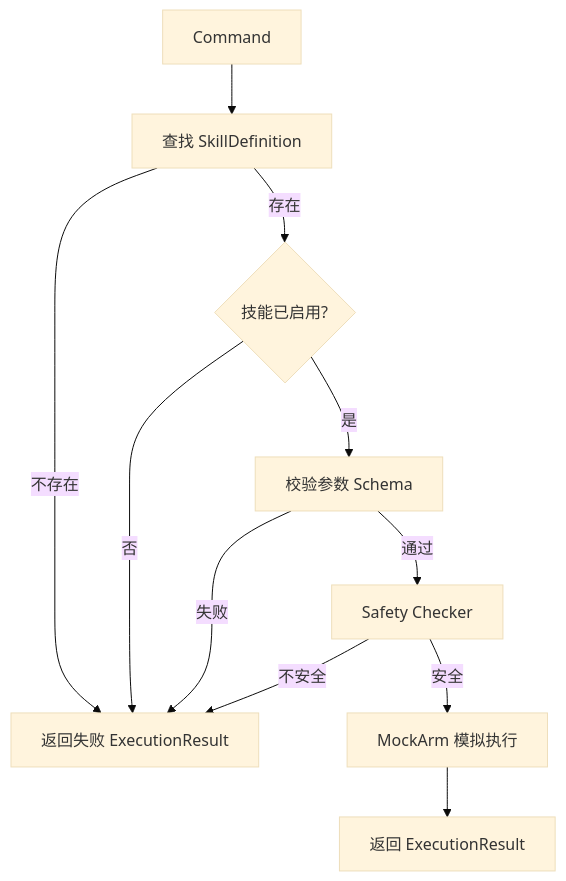
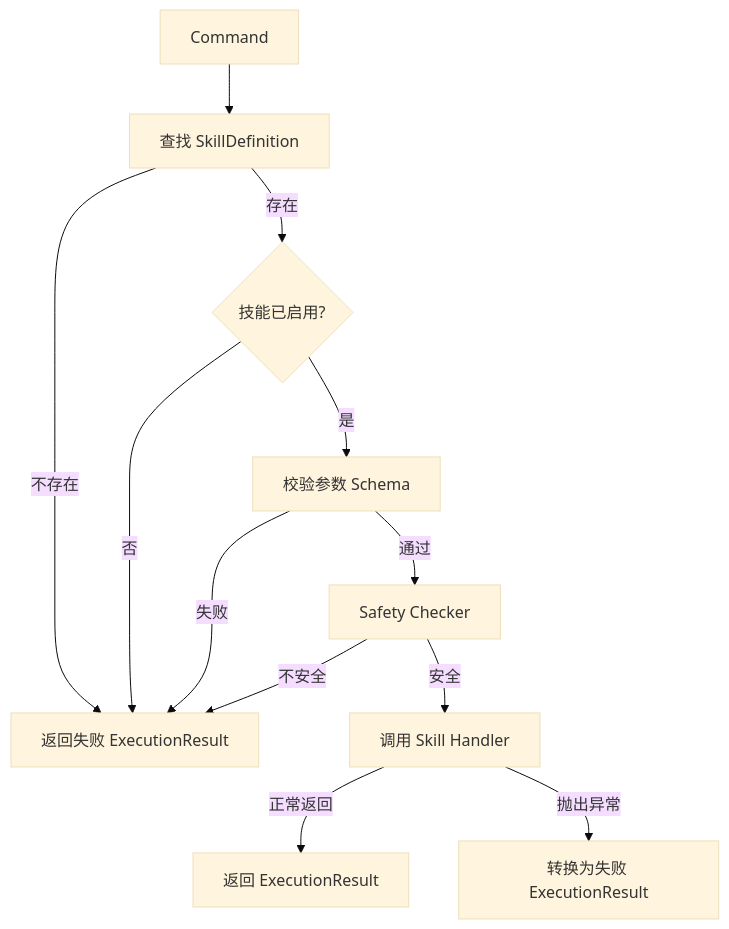
Before and after one commit to Alex-Lucifer-L/ros-claw: the diagram in README.md, drawn with Mermaid (base theme). The commit also changed other lines of this file and 2 other files, not shown here.

````diff
--- a/README.md
+++ b/README.md
@@ -45,13 +45,14 @@
 ```mermaid
 flowchart TD
     A[Command] --> B[查找 SkillDefinition]
     B -->|不存在| R[返回失败 ExecutionResult]
     B -->|存在| C{技能已启用?}
     C -->|否| R
     C -->|是| D[校验参数 Schema]
     D -->|失败| R
     D -->|通过| E[Safety Checker]
     E -->|不安全| R
-    E -->|安全| F[MockArm 模拟执行]
-    F --> G[返回 ExecutionResult]
+    E -->|安全| F[调用 Skill Handler]
+    F -->|正常返回| G[返回 ExecutionResult]
+    F -->|抛出异常| H[转换为失败 ExecutionResult]
 ```
````
